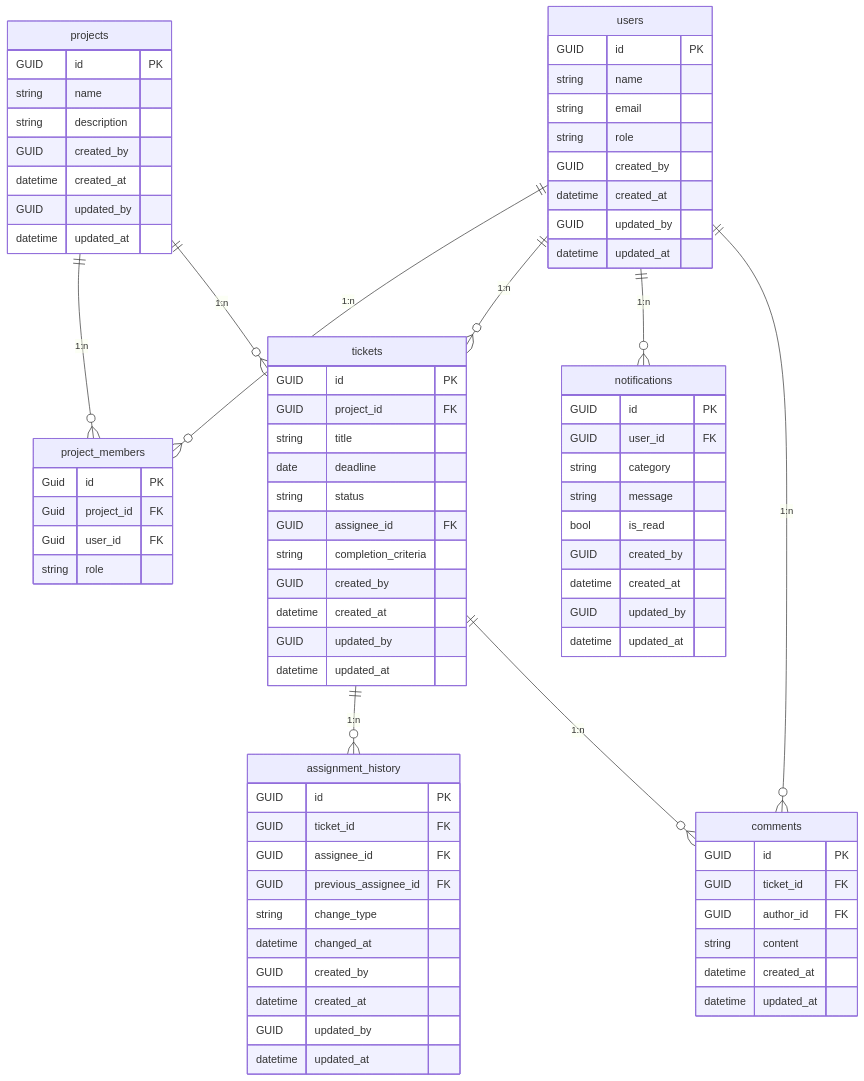
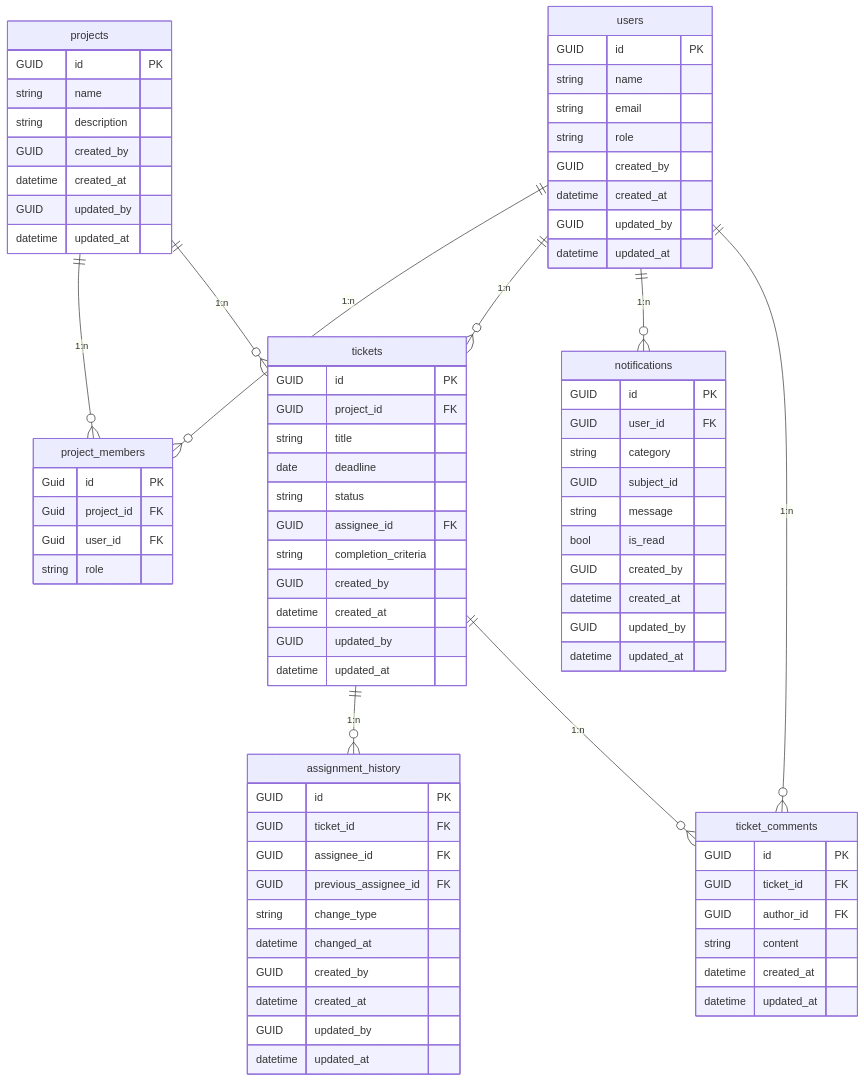
The diagram in 02.design/er-diagram.md (kuairen-227/pm-app-docs), drawn with Mermaid before and after one commit.

Commit message:
テーブル名変更

````diff
--- a/02.design/er-diagram.md
+++ b/02.design/er-diagram.md
@@ -3,81 +3,82 @@
 ```mermaid
 erDiagram
     users {
         GUID id PK
         string name
         string email
         string role
         GUID created_by
         datetime created_at
         GUID updated_by
         datetime updated_at
     }
     projects {
         GUID id PK
         string name
         string description
         GUID created_by
         datetime created_at
         GUID updated_by
         datetime updated_at
     }
     project_members {
         Guid id PK
         Guid project_id FK
         Guid user_id FK
         string role
     }
     tickets {
         GUID id PK
         GUID project_id FK
         string title
         date deadline
         string status
         GUID assignee_id FK
         string completion_criteria
         GUID created_by
         datetime created_at
         GUID updated_by
         datetime updated_at
     }
-    comments {
+    ticket_comments {
         GUID id PK
         GUID ticket_id FK
         GUID author_id FK
         string content
         datetime created_at
         datetime updated_at
     }
     assignment_history {
         GUID id PK
         GUID ticket_id FK
         GUID assignee_id FK
         GUID previous_assignee_id FK
         string change_type
         datetime changed_at
         GUID created_by
         datetime created_at
         GUID updated_by
         datetime updated_at
     }
     notifications {
         GUID id PK
         GUID user_id FK
         string category
+        GUID subject_id
         string message
         bool is_read
         GUID created_by
         datetime created_at
         GUID updated_by
         datetime updated_at
     }
 
     users ||--o{ project_members : "1:n"
     projects ||--o{ project_members : "1:n"
     projects ||--o{ tickets : "1:n"
     users ||--o{ tickets : "1:n"
     tickets ||--o{ assignment_history : "1:n"
     users ||--o{ notifications : "1:n"
-    tickets ||--o{ comments : "1:n"
-    users ||--o{ comments : "1:n"
+    tickets ||--o{ ticket_comments : "1:n"
+    users ||--o{ ticket_comments : "1:n"
 ```
````
